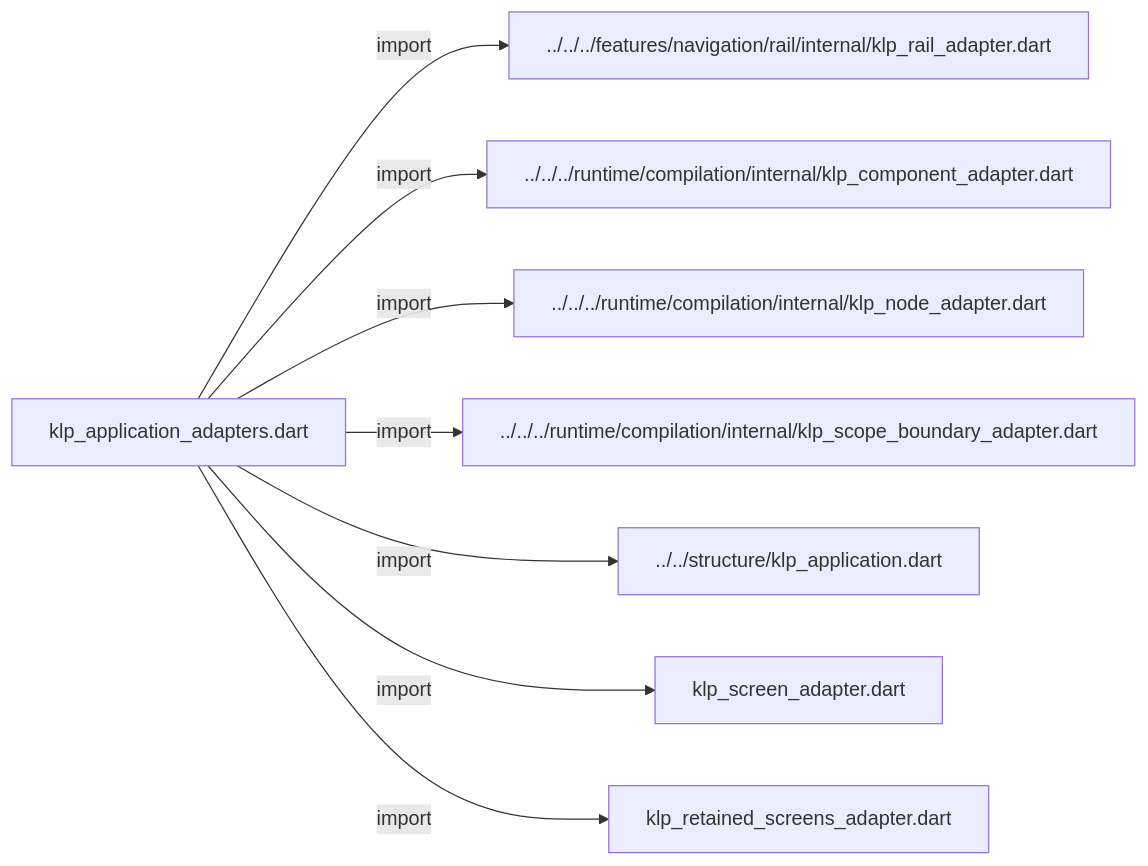
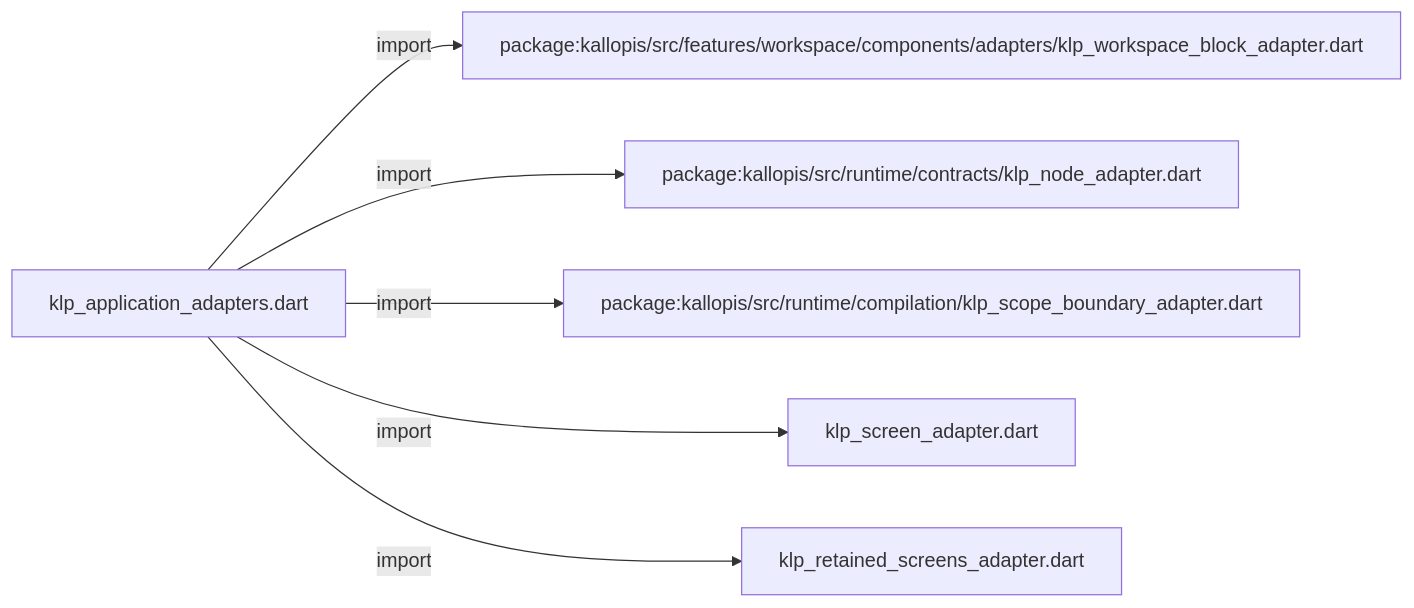
The second of 2 diagrams in docs/architecture/src/application/bootstrap/internal/klp_application_adapters.md (MiuDog/Kallopis), drawn with Mermaid before and after one commit. The commit also changed other lines of this file and 9688 other files, not shown here.

Commit message:
Prepare isolated Flow F2 peer baseline

````diff
--- a/docs/architecture/src/application/bootstrap/internal/klp_application_adapters.md
+++ b/docs/architecture/src/application/bootstrap/internal/klp_application_adapters.md
@@ -11,18 +38,14 @@
 ```mermaid
 flowchart LR
 	n0["klp_application_adapters.dart"]
-	n1["../../../features/navigation/rail/internal/klp_rail_adapter.dart"]
-	n2["../../../runtime/compilation/internal/klp_component_adapter.dart"]
-	n3["../../../runtime/compilation/internal/klp_node_adapter.dart"]
-	n4["../../../runtime/compilation/internal/klp_scope_boundary_adapter.dart"]
-	n5["../../structure/klp_application.dart"]
-	n6["klp_screen_adapter.dart"]
-	n7["klp_retained_screens_adapter.dart"]
+	n1["package:kallopis/src/features/workspace/components/adapters/klp_workspace_block_adapter.dart"]
+	n2["package:kallopis/src/runtime/contracts/klp_node_adapter.dart"]
+	n3["package:kallopis/src/runtime/compilation/klp_scope_boundary_adapter.dart"]
+	n4["klp_screen_adapter.dart"]
+	n5["klp_retained_screens_adapter.dart"]
 	n0 -->|"import"| n1
 	n0 -->|"import"| n2
 	n0 -->|"import"| n3
 	n0 -->|"import"| n4
 	n0 -->|"import"| n5
-	n0 -->|"import"| n6
-	n0 -->|"import"| n7
 ```
````
